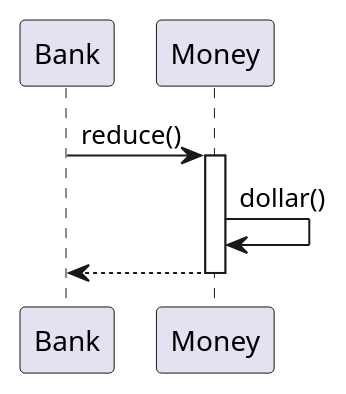
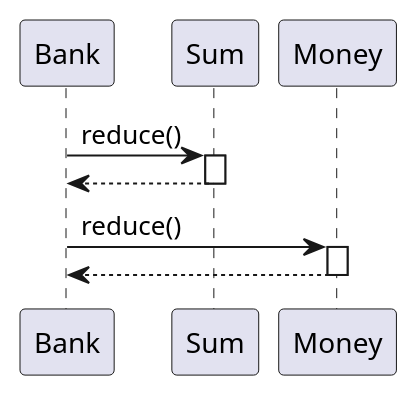
Before and after one commit to k2works/etude_for_java: the second of 2 diagrams in docs/src/TDD.md, drawn with PlantUML. The commit also changed other lines of this file and 4 other files, not shown here.

````diff
--- a/docs/src/TDD.md
+++ b/docs/src/TDD.md
@@ -76,7 +77,10 @@
 ```puml
+Bank -> Sum :reduce()
+activate Sum  
+  Bank <-- Sum  
+deactivate Sum
 Bank -> Money :reduce()
 activate Money
-  Money -> Money :dollar()
   Bank <-- Money
 deactivate Money
 ```
````
